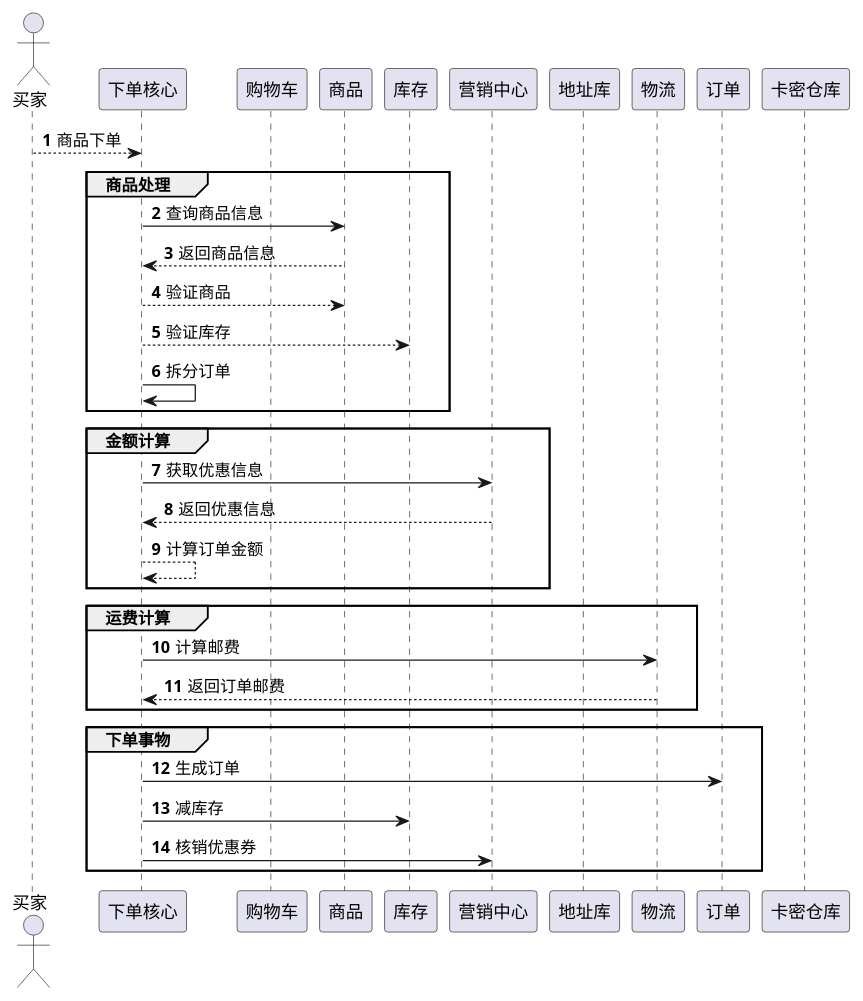
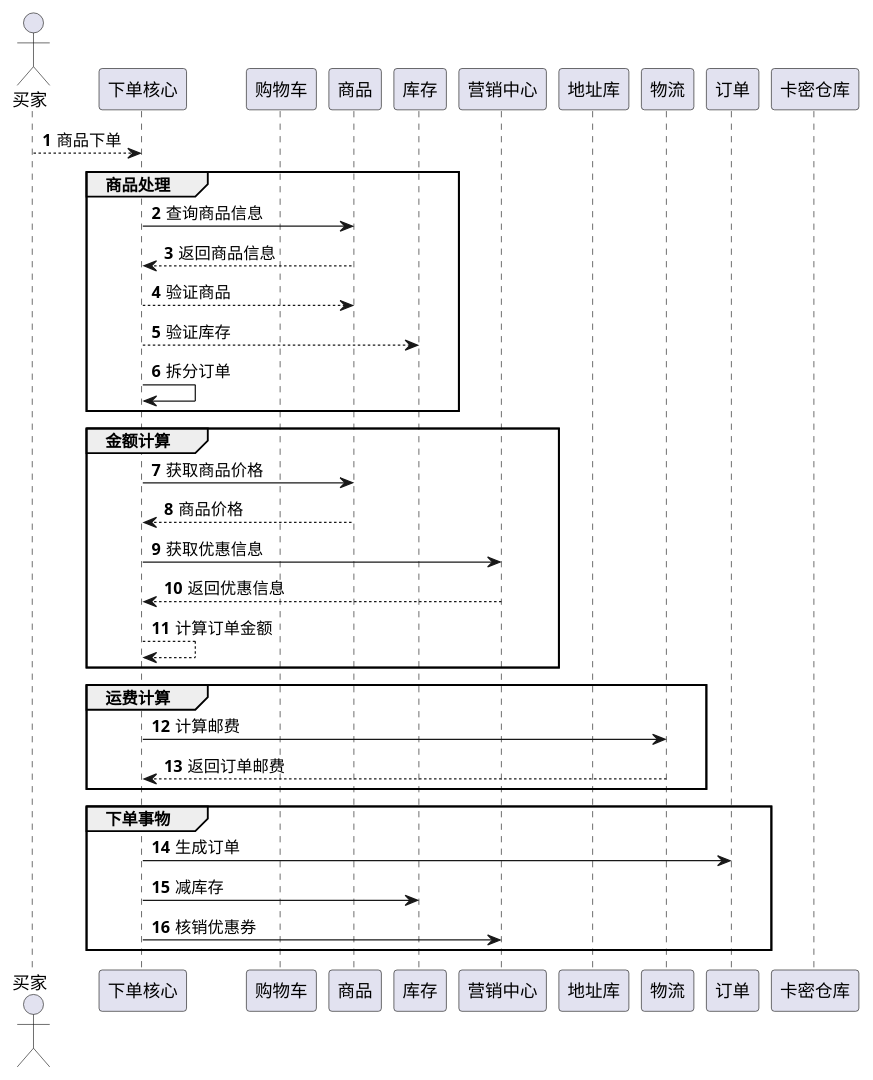
The diagram in docs/shopping/核心流程.puml (red-jasmine/docs), drawn with PlantUML before and after one commit. The commit also changed 1 other file, not shown here.

```diff
--- a/docs/shopping/核心流程.puml
+++ b/docs/shopping/核心流程.puml
@@ -1,84 +1,89 @@
 @startuml
 'https://plantuml.com/sequence-diagram
 
 autonumber
 
 actor 买家
 
 participant 下单核心
 
 participant 购物车
 
 participant 商品
 
 participant 库存
 
 participant 营销中心
 
 participant 地址库
 
 participant 物流
 
 participant 订单
 
 participant 卡密仓库
 
 
 
 
 
 
 
 
 买家 --> 下单核心: 商品下单
 
 group 商品处理
 下单核心 -> 商品: 查询商品信息
 商品 --> 下单核心: 返回商品信息
 
 下单核心 --> 商品: 验证商品
 下单核心 --> 库存: 验证库存
 
 下单核心 -> 下单核心: 拆分订单
 
 end
 
 
 group 金额计算
 
+下单核心-> 商品: 获取商品价格
+
+商品 --> 下单核心: 商品价格
+
+
 
 下单核心 -> 营销中心: 获取优惠信息
 
 营销中心 --> 下单核心: 返回优惠信息
 
 下单核心 --> 下单核心: 计算订单金额
 end
 
 group 运费计算
 
 下单核心 -> 物流 : 计算邮费
 
 物流 --> 下单核心: 返回订单邮费
 end
 
 
 
 group 下单事物
 下单核心-> 订单: 生成订单
 
 下单核心-> 库存: 减库存
 
 下单核心-> 营销中心: 核销优惠券
 end
 
 
 
 
 
 
 
 
 
 
 
 @enduml
```
